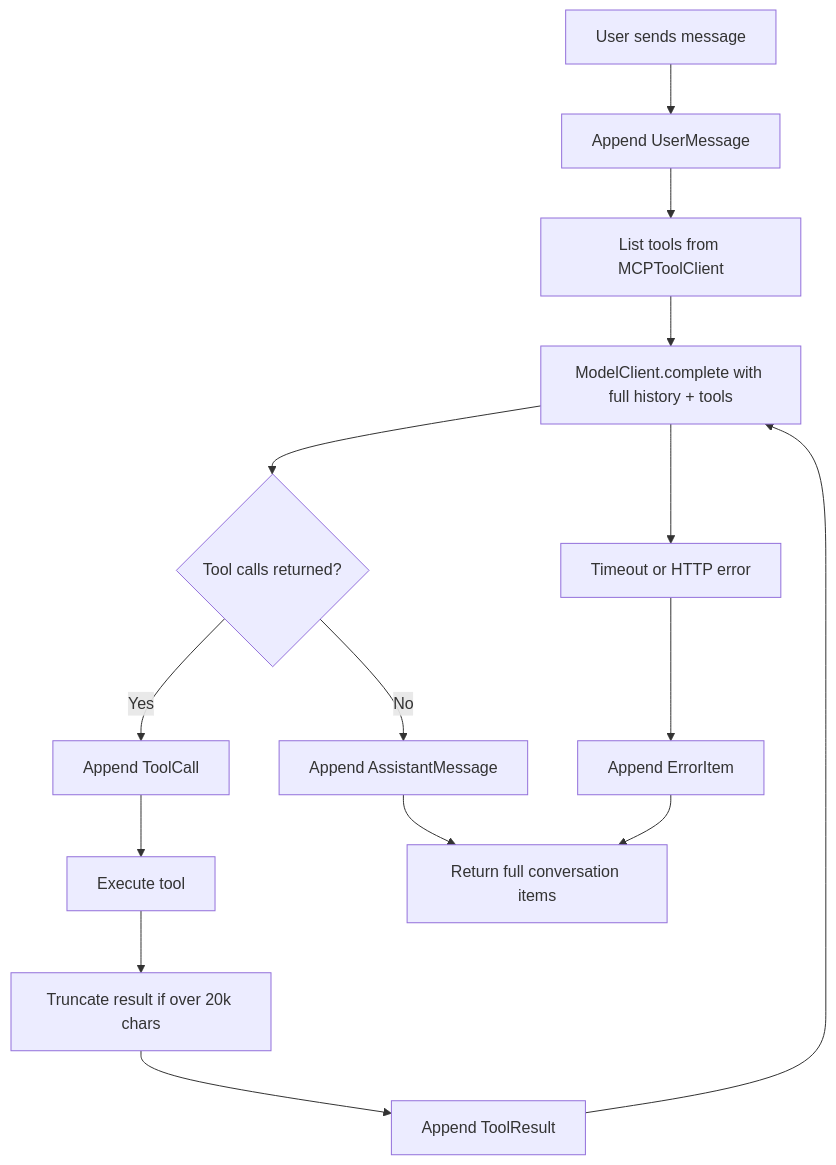
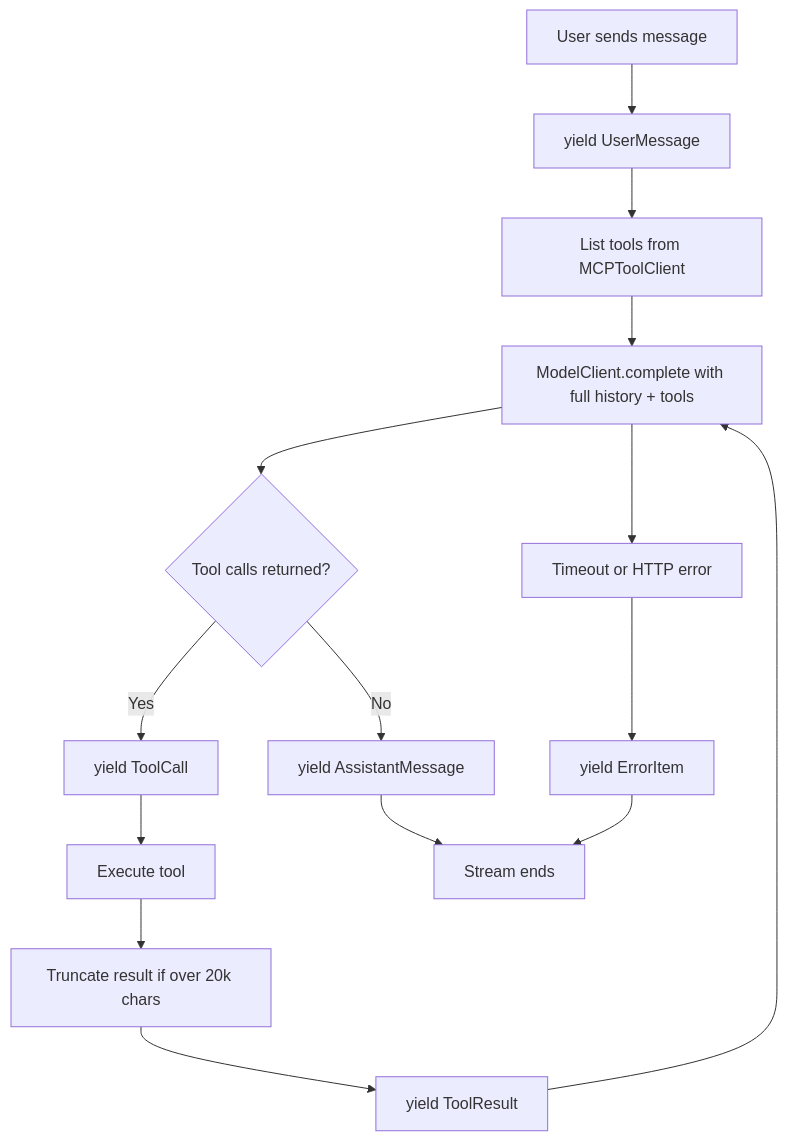
Before and after one commit to al-sersy/chat-agent: the diagram in README.md, drawn with Mermaid. The commit also changed other lines of this file, not shown here.

````diff
--- a/README.md
+++ b/README.md
@@ -47,17 +53,17 @@
 ```mermaid
 flowchart TD
-    A[User sends message] --> B[Append UserMessage]
+    A[User sends message] --> B[yield UserMessage]
     B --> C[List tools from MCPToolClient]
     C --> D[ModelClient.complete with full history + tools]
     D --> E{Tool calls returned?}
-    E -->|Yes| F[Append ToolCall]
+    E -->|Yes| F[yield ToolCall]
     F --> G[Execute tool]
     G --> H[Truncate result if over 20k chars]
-    H --> I[Append ToolResult]
+    H --> I[yield ToolResult]
     I --> D
-    E -->|No| J[Append AssistantMessage]
-    J --> K[Return full conversation items]
+    E -->|No| J[yield AssistantMessage]
+    J --> K[Stream ends]
     D --> L[Timeout or HTTP error]
-    L --> M[Append ErrorItem]
+    L --> M[yield ErrorItem]
     M --> K
 ```
````
